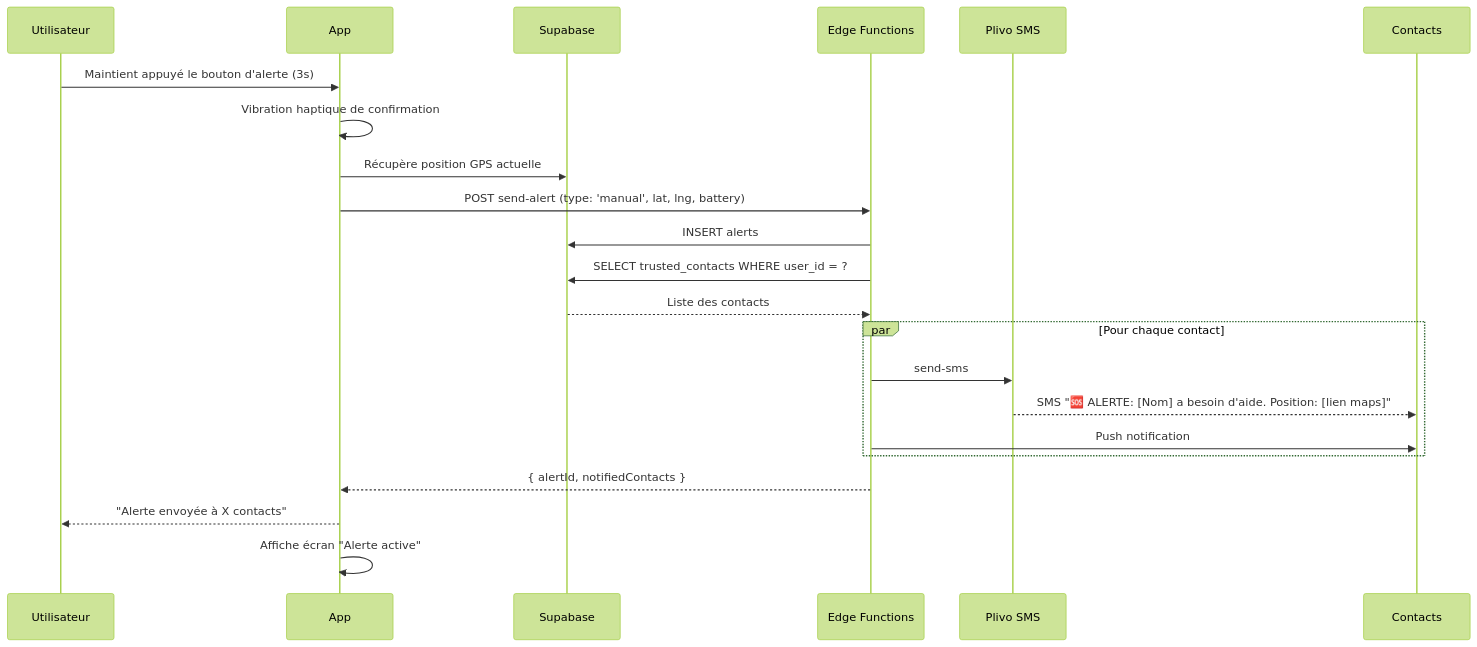
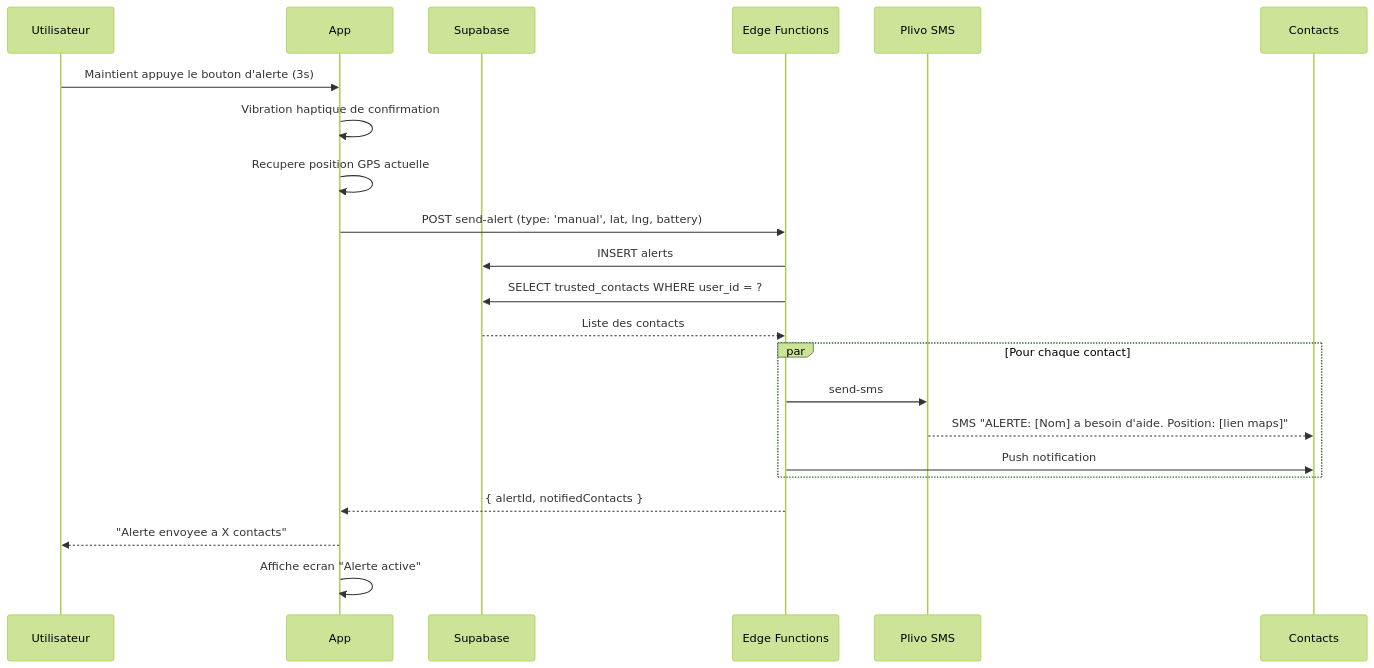
Before and after one commit to monjodav/Prudency: the fourth of 7 diagrams in docs/user-flows.md, drawn with Mermaid (forest theme). The commit also changed other lines of this file and 55 other files, not shown here.

````diff
--- a/docs/user-flows.md
+++ b/docs/user-flows.md
@@ -110,28 +120,28 @@
 ```mermaid
 sequenceDiagram
     participant U as Utilisateur
     participant A as App
     participant S as Supabase
     participant EF as Edge Functions
     participant SMS as Plivo SMS
     participant C as Contacts
 
-    U->>A: Maintient appuyé le bouton d'alerte (3s)
+    U->>A: Maintient appuye le bouton d'alerte (3s)
     A->>A: Vibration haptique de confirmation
-    A->>S: Récupère position GPS actuelle
+    A->>A: Recupere position GPS actuelle
     A->>EF: POST send-alert (type: 'manual', lat, lng, battery)
 
     EF->>S: INSERT alerts
     EF->>S: SELECT trusted_contacts WHERE user_id = ?
     S-->>EF: Liste des contacts
 
     par Pour chaque contact
         EF->>SMS: send-sms
-        SMS-->>C: SMS "🆘 ALERTE: [Nom] a besoin d'aide. Position: [lien maps]"
+        SMS-->>C: SMS "ALERTE: [Nom] a besoin d'aide. Position: [lien maps]"
         EF->>C: Push notification
     end
 
     EF-->>A: { alertId, notifiedContacts }
-    A-->>U: "Alerte envoyée à X contacts"
-    A->>A: Affiche écran "Alerte active"
+    A-->>U: "Alerte envoyee a X contacts"
+    A->>A: Affiche ecran "Alerte active"
 ```
````
